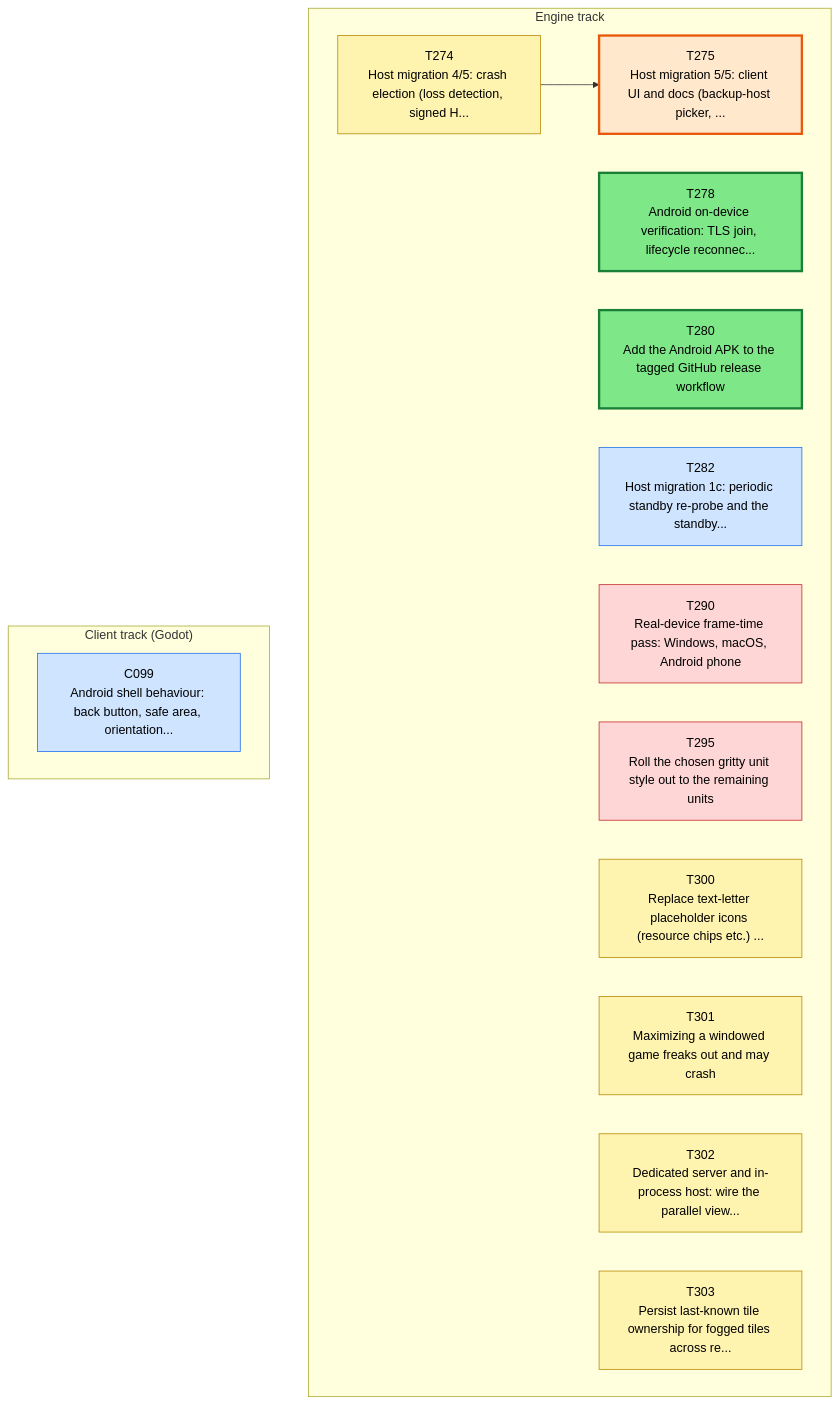
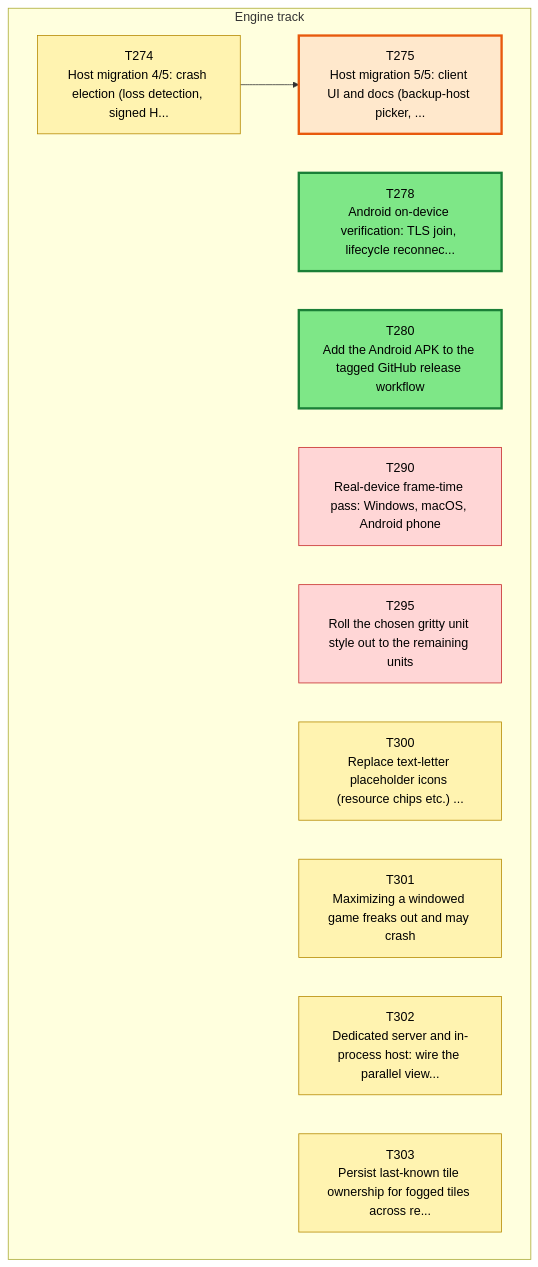
Before and after one commit to Kenmura/Unciv: the first of 3 diagrams in csharp/migration/DEPENDENCY_MAP.md, drawn with Mermaid. The commit also changed other lines of this file and 1 other file, not shown here.

Commit message:
migration: review C099 pass [Adversarial Review]

````diff
--- a/csharp/migration/DEPENDENCY_MAP.md
+++ b/csharp/migration/DEPENDENCY_MAP.md
@@ -35,39 +35,33 @@
 ```mermaid
 flowchart TD
   subgraph TTRACK["Engine track"]
     T274["T274<br/>Host migration 4/5: crash election (loss detection, signed H..."]
     T275["T275<br/>Host migration 5/5: client UI and docs (backup-host picker, ..."]
     T278["T278<br/>Android on-device verification: TLS join, lifecycle reconnec..."]
     T280["T280<br/>Add the Android APK to the tagged GitHub release workflow"]
-    T282["T282<br/>Host migration 1c: periodic standby re-probe and the standby..."]
     T290["T290<br/>Real-device frame-time pass: Windows, macOS, Android phone"]
     T295["T295<br/>Roll the chosen gritty unit style out to the remaining units"]
     T300["T300<br/>Replace text-letter placeholder icons (resource chips etc.) ..."]
     T301["T301<br/>Maximizing a windowed game freaks out and may crash"]
     T302["T302<br/>Dedicated server and in-process host: wire the parallel view..."]
     T303["T303<br/>Persist last-known tile ownership for fogged tiles across re..."]
-  end
-  subgraph CTRACK["Client track (Godot)"]
-    C099["C099<br/>Android shell behaviour: back button, safe area, orientation..."]
   end
   T274 --> T275
   classDef waiting fill:#f3faf3,stroke:#9bc49b,color:#555,stroke-dasharray:2 2
   classDef ondeck fill:#ffe8cc,stroke:#e8590c,stroke-width:3px,color:#000
   classDef ready fill:#7ee787,stroke:#1a7f37,stroke-width:3px,color:#000
   classDef prog fill:#fff3b0,stroke:#b58900,color:#000
   classDef review fill:#cfe4ff,stroke:#1f6feb,color:#000
   classDef blocked fill:#ffd6d6,stroke:#c62828,color:#000
   classDef done fill:#eeeeee,stroke:#999999,color:#666,stroke-dasharray:4 3
-  class C099 review
   class T274 prog
   class T275 ondeck
   class T278 ready
   class T280 ready
-  class T282 review
   class T290 blocked
   class T295 blocked
   class T300 prog
   class T301 prog
   class T302 prog
   class T303 prog
 ```
````
